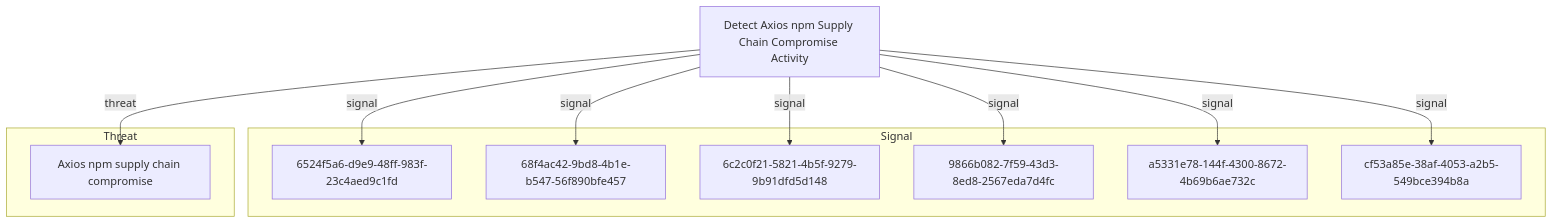
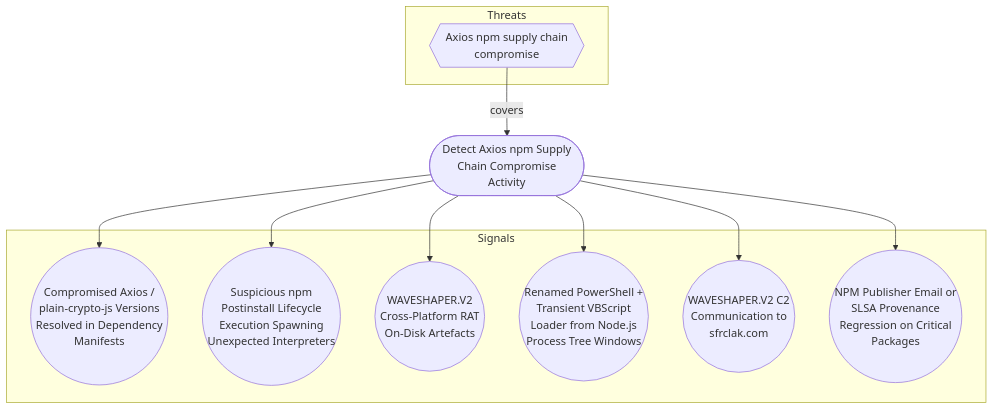
The diagram in docs/objectives/detect-axios-npm-supply-chain-compromise-activity.md (opentidehq/library), drawn with Mermaid before and after one commit. The commit also changed other lines of this file and 540 other files, not shown here.

````diff
--- a/docs/objectives/detect-axios-npm-supply-chain-compromise-activity.md
+++ b/docs/objectives/detect-axios-npm-supply-chain-compromise-activity.md
@@ -504,22 +505,22 @@
 ```mermaid
 flowchart TB
-subgraph "Signal"
-6524f5a6_d9e9_48ff_983f_23c4aed9c1fd["6524f5a6-d9e9-48ff-983f-23c4aed9c1fd"]
-68f4ac42_9bd8_4b1e_b547_56f890bfe457["68f4ac42-9bd8-4b1e-b547-56f890bfe457"]
-6c2c0f21_5821_4b5f_9279_9b91dfd5d148["6c2c0f21-5821-4b5f-9279-9b91dfd5d148"]
-9866b082_7f59_43d3_8ed8_2567eda7d4fc["9866b082-7f59-43d3-8ed8-2567eda7d4fc"]
-a5331e78_144f_4300_8672_4b69b6ae732c["a5331e78-144f-4300-8672-4b69b6ae732c"]
-cf53a85e_38af_4053_a2b5_549bce394b8a["cf53a85e-38af-4053-a2b5-549bce394b8a"]
+subgraph "Threats"
+000790d9_06de_49af_893d_e4993abe6e38{{"Axios npm supply chain<br>compromise"}}
 end
-subgraph "Threat"
-000790d9_06de_49af_893d_e4993abe6e38["Axios npm supply chain compromise"]
+subgraph "Signals"
+cf53a85e_38af_4053_a2b5_549bce394b8a(("Compromised Axios /<br>plain-crypto-js Versions<br>Resolved in Dependency<br>Manifests"))
+6c2c0f21_5821_4b5f_9279_9b91dfd5d148(("Suspicious npm<br>Postinstall Lifecycle<br>Execution Spawning<br>Unexpected Interpreters"))
+6524f5a6_d9e9_48ff_983f_23c4aed9c1fd(("WAVESHAPER.V2<br>Cross-Platform RAT<br>On-Disk Artefacts"))
+9866b082_7f59_43d3_8ed8_2567eda7d4fc(("Renamed PowerShell +<br>Transient VBScript<br>Loader from Node.js<br>Process Tree Windows"))
+a5331e78_144f_4300_8672_4b69b6ae732c(("WAVESHAPER.V2 C2<br>Communication to<br>sfrclak.com"))
+68f4ac42_9bd8_4b1e_b547_56f890bfe457(("NPM Publisher Email or<br>SLSA Provenance<br>Regression on Critical<br>Packages"))
 end
-f45b9b82_a3c5_4643_932b_debfd8739bd8["Detect Axios npm Supply Chain Compromise Activity"]
-f45b9b82_a3c5_4643_932b_debfd8739bd8 -->|signal| 6524f5a6_d9e9_48ff_983f_23c4aed9c1fd
-f45b9b82_a3c5_4643_932b_debfd8739bd8 -->|signal| 68f4ac42_9bd8_4b1e_b547_56f890bfe457
-f45b9b82_a3c5_4643_932b_debfd8739bd8 -->|signal| 6c2c0f21_5821_4b5f_9279_9b91dfd5d148
-f45b9b82_a3c5_4643_932b_debfd8739bd8 -->|signal| 9866b082_7f59_43d3_8ed8_2567eda7d4fc
-f45b9b82_a3c5_4643_932b_debfd8739bd8 -->|signal| a5331e78_144f_4300_8672_4b69b6ae732c
-f45b9b82_a3c5_4643_932b_debfd8739bd8 -->|signal| cf53a85e_38af_4053_a2b5_549bce394b8a
-f45b9b82_a3c5_4643_932b_debfd8739bd8 -->|threat| 000790d9_06de_49af_893d_e4993abe6e38
+f45b9b82_a3c5_4643_932b_debfd8739bd8(["Detect Axios npm Supply<br>Chain Compromise<br>Activity"])
+000790d9_06de_49af_893d_e4993abe6e38 -->|covers| f45b9b82_a3c5_4643_932b_debfd8739bd8
+f45b9b82_a3c5_4643_932b_debfd8739bd8 --> cf53a85e_38af_4053_a2b5_549bce394b8a
+f45b9b82_a3c5_4643_932b_debfd8739bd8 --> 6c2c0f21_5821_4b5f_9279_9b91dfd5d148
+f45b9b82_a3c5_4643_932b_debfd8739bd8 --> 6524f5a6_d9e9_48ff_983f_23c4aed9c1fd
+f45b9b82_a3c5_4643_932b_debfd8739bd8 --> 9866b082_7f59_43d3_8ed8_2567eda7d4fc
+f45b9b82_a3c5_4643_932b_debfd8739bd8 --> a5331e78_144f_4300_8672_4b69b6ae732c
+f45b9b82_a3c5_4643_932b_debfd8739bd8 --> 68f4ac42_9bd8_4b1e_b547_56f890bfe457
 ```
````
